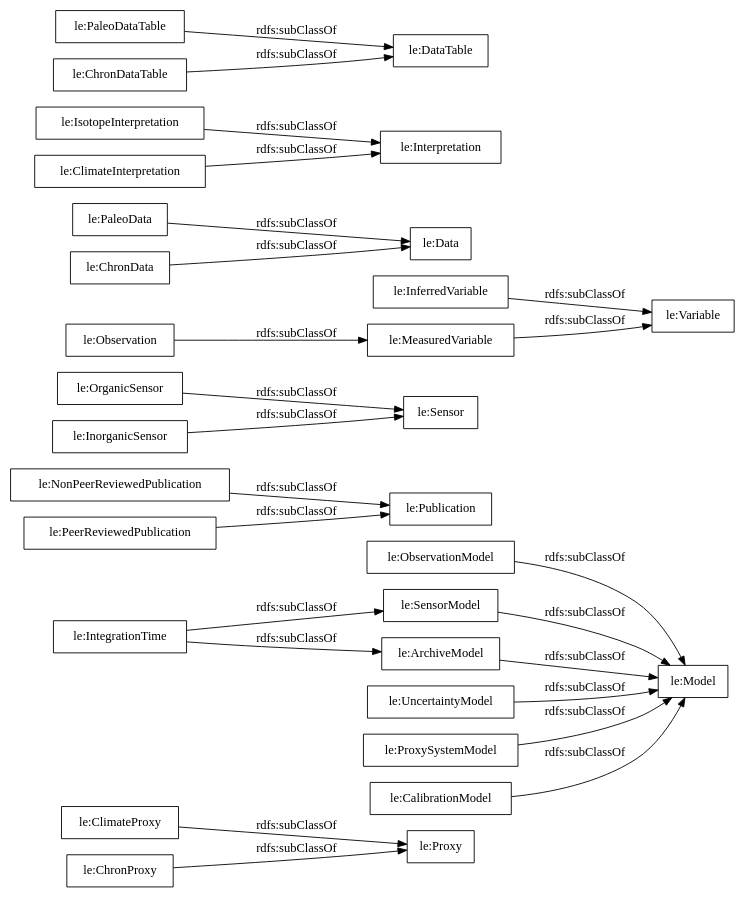
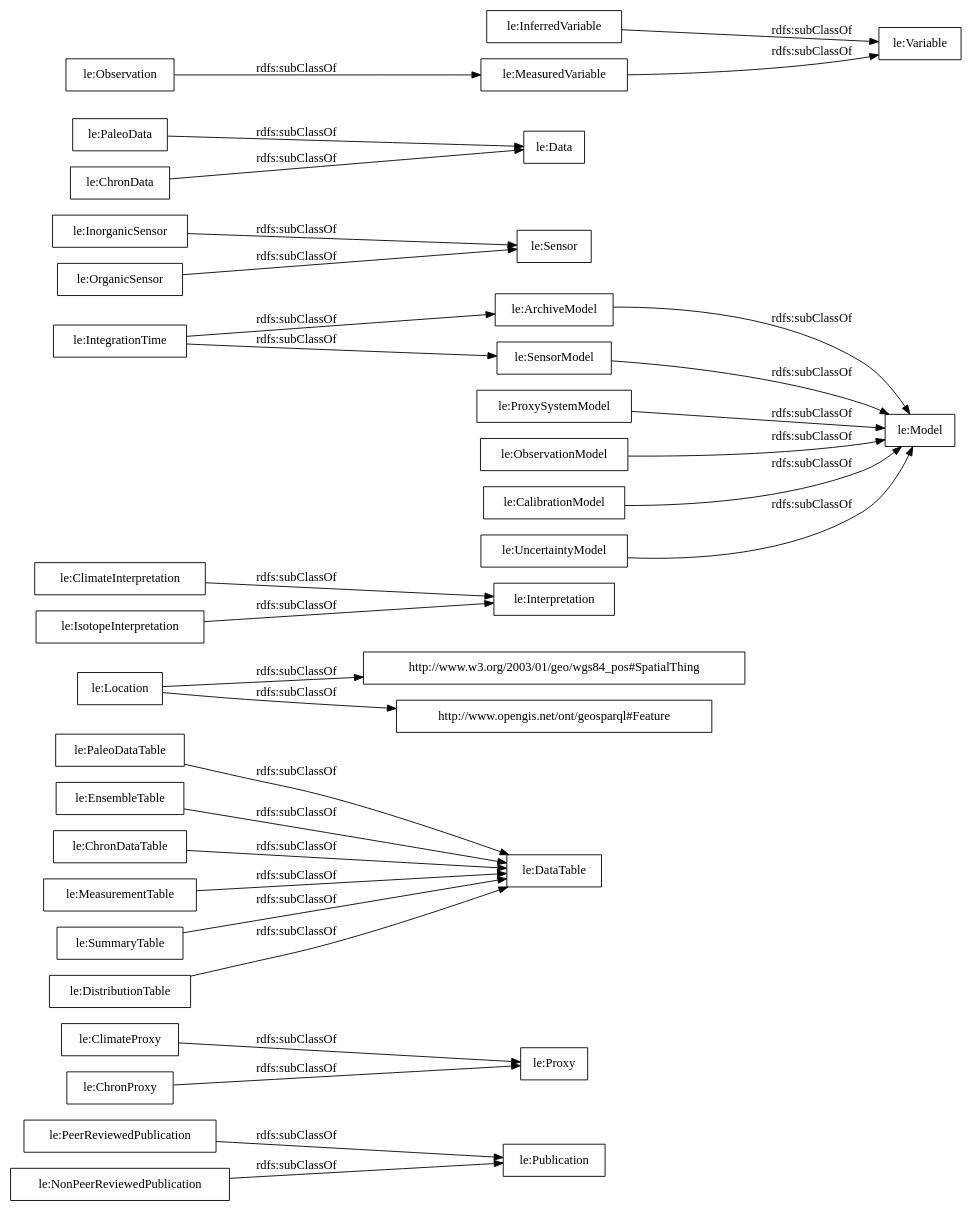
Before and after one commit to dgarijo/Ontology: the diagram in OnToology/latest/ontology.ttl/diagrams/ar2dtool-taxonomy/ontology.ttl.png.dot, drawn with Graphviz. The commit also changed 198 other files, not shown here.

```diff
--- a/OnToology/latest/ontology.ttl/diagrams/ar2dtool-taxonomy/ontology.ttl.png.dot
+++ b/OnToology/latest/ontology.ttl/diagrams/ar2dtool-taxonomy/ontology.ttl.png.dot
@@ -1,29 +1,35 @@
 digraph ar2dtool_diagram { 
 rankdir=LR;
 size="1000"
-node [shape = rectangle, color="black"]; "le:Proxy" "le:ObservationModel" "le:NonPeerReviewedPublication" "le:OrganicSensor" "le:SensorModel" "le:UncertaintyModel" "le:IntegrationTime" "le:Variable" "le:Model" "le:PeerReviewedPublication" "le:InferredVariable" "le:PaleoData" "le:InorganicSensor" "le:Publication" "le:IsotopeInterpretation" "le:ClimateInterpretation" "le:ArchiveModel" "le:Interpretation" "le:PaleoDataTable" "le:ChronData" "le:ChronDataTable" "le:DataTable" "le:ProxySystemModel" "le:CalibrationModel" "le:MeasuredVariable" "le:Sensor" "le:Observation" "le:ClimateProxy" "le:ChronProxy" "le:Data" ; /*classes style*/
+node [shape = rectangle, color="black"]; "le:Publication" "le:ClimateProxy" "le:PaleoDataTable" "le:EnsembleTable" "le:Location" "le:ClimateInterpretation" "le:IntegrationTime" "le:ProxySystemModel" "le:InorganicSensor" "le:PaleoData" "le:DataTable" "le:ChronDataTable" "le:IsotopeInterpretation" "le:PeerReviewedPublication" "le:ChronData" "le:MeasuredVariable" "le:ArchiveModel" "http://www.w3.org/2003/01/geo/wgs84_pos#SpatialThing" "le:Interpretation" "le:MeasurementTable" "le:SensorModel" "le:SummaryTable" "le:Data" "le:ChronProxy" "le:Proxy" "le:DistributionTable" "le:Variable" "le:Model" "le:ObservationModel" "le:CalibrationModel" "http://www.opengis.net/ont/geosparql#Feature" "le:Sensor" "le:InferredVariable" "le:NonPeerReviewedPublication" "le:UncertaintyModel" "le:Observation" "le:OrganicSensor" ; /*classes style*/
+	"le:InferredVariable" -> "le:Variable" [ label = "rdfs:subClassOf" ];
+	"le:CalibrationModel" -> "le:Model" [ label = "rdfs:subClassOf" ];
+	"le:SensorModel" -> "le:Model" [ label = "rdfs:subClassOf" ];
+	"le:NonPeerReviewedPublication" -> "le:Publication" [ label = "rdfs:subClassOf" ];
+	"le:ProxySystemModel" -> "le:Model" [ label = "rdfs:subClassOf" ];
+	"le:IsotopeInterpretation" -> "le:Interpretation" [ label = "rdfs:subClassOf" ];
+	"le:Location" -> "http://www.w3.org/2003/01/geo/wgs84_pos#SpatialThing" [ label = "rdfs:subClassOf" ];
+	"le:Location" -> "http://www.opengis.net/ont/geosparql#Feature" [ label = "rdfs:subClassOf" ];
+	"le:ArchiveModel" -> "le:Model" [ label = "rdfs:subClassOf" ];
+	"le:PeerReviewedPublication" -> "le:Publication" [ label = "rdfs:subClassOf" ];
+	"le:Observation" -> "le:MeasuredVariable" [ label = "rdfs:subClassOf" ];
+	"le:MeasuredVariable" -> "le:Variable" [ label = "rdfs:subClassOf" ];
+	"le:EnsembleTable" -> "le:DataTable" [ label = "rdfs:subClassOf" ];
+	"le:PaleoDataTable" -> "le:DataTable" [ label = "rdfs:subClassOf" ];
 	"le:ChronData" -> "le:Data" [ label = "rdfs:subClassOf" ];
-	"le:CalibrationModel" -> "le:Model" [ label = "rdfs:subClassOf" ];
-	"le:PaleoDataTable" -> "le:DataTable" [ label = "rdfs:subClassOf" ];
+	"le:MeasurementTable" -> "le:DataTable" [ label = "rdfs:subClassOf" ];
+	"le:ClimateProxy" -> "le:Proxy" [ label = "rdfs:subClassOf" ];
 	"le:ObservationModel" -> "le:Model" [ label = "rdfs:subClassOf" ];
+	"le:OrganicSensor" -> "le:Sensor" [ label = "rdfs:subClassOf" ];
 	"le:ChronProxy" -> "le:Proxy" [ label = "rdfs:subClassOf" ];
-	"le:SensorModel" -> "le:Model" [ label = "rdfs:subClassOf" ];
+	"le:UncertaintyModel" -> "le:Model" [ label = "rdfs:subClassOf" ];
 	"le:InorganicSensor" -> "le:Sensor" [ label = "rdfs:subClassOf" ];
-	"le:Observation" -> "le:MeasuredVariable" [ label = "rdfs:subClassOf" ];
-	"le:ArchiveModel" -> "le:Model" [ label = "rdfs:subClassOf" ];
-	"le:ClimateInterpretation" -> "le:Interpretation" [ label = "rdfs:subClassOf" ];
-	"le:PeerReviewedPublication" -> "le:Publication" [ label = "rdfs:subClassOf" ];
-	"le:PaleoData" -> "le:Data" [ label = "rdfs:subClassOf" ];
-	"le:NonPeerReviewedPublication" -> "le:Publication" [ label = "rdfs:subClassOf" ];
-	"le:UncertaintyModel" -> "le:Model" [ label = "rdfs:subClassOf" ];
-	"le:ClimateProxy" -> "le:Proxy" [ label = "rdfs:subClassOf" ];
-	"le:ChronDataTable" -> "le:DataTable" [ label = "rdfs:subClassOf" ];
+	"le:DistributionTable" -> "le:DataTable" [ label = "rdfs:subClassOf" ];
 	"le:IntegrationTime" -> "le:SensorModel" [ label = "rdfs:subClassOf" ];
 	"le:IntegrationTime" -> "le:ArchiveModel" [ label = "rdfs:subClassOf" ];
-	"le:OrganicSensor" -> "le:Sensor" [ label = "rdfs:subClassOf" ];
-	"le:IsotopeInterpretation" -> "le:Interpretation" [ label = "rdfs:subClassOf" ];
-	"le:InferredVariable" -> "le:Variable" [ label = "rdfs:subClassOf" ];
-	"le:ProxySystemModel" -> "le:Model" [ label = "rdfs:subClassOf" ];
-	"le:MeasuredVariable" -> "le:Variable" [ label = "rdfs:subClassOf" ];
+	"le:SummaryTable" -> "le:DataTable" [ label = "rdfs:subClassOf" ];
+	"le:ChronDataTable" -> "le:DataTable" [ label = "rdfs:subClassOf" ];
+	"le:ClimateInterpretation" -> "le:Interpretation" [ label = "rdfs:subClassOf" ];
+	"le:PaleoData" -> "le:Data" [ label = "rdfs:subClassOf" ];
 
 }
```
